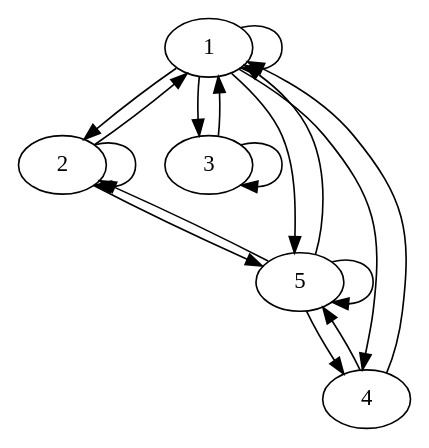
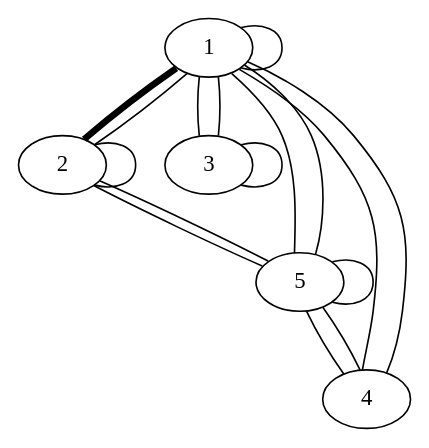
Before and after one commit to Timur-SWIM/flita_dz_2: the diagram in test.dot, drawn with Graphviz. The commit also changed 9 other files, not shown here.

```diff
--- a/test.dot
+++ b/test.dot
@@ -1,18 +1,18 @@
-digraph graf1{
-1->1
-1->2 [weight=4]
-1->3 [weight=3]
-1->4
-1->5
-2->1 [weight=4]
-2->2
-2->5 [weight=2]
-3->1 [weight=3]
-3->3
-4->1
-4->5
-5->1
-5->2
-5->4
-5->5
+graph graf_name{
+1--1
+1--2 [weight=4, penwidth=4]
+1--3 [weight=3, penweight=3]
+1--4
+1--5
+2--1 [weight=4, penweight=4]
+2--2
+2--5 [weight=2, penweight=2]
+3--1 [weight=4 ,penweight=3]
+3--3
+4--1
+4--5
+5--1
+5--2
+5--4
+5--5
 }
```
